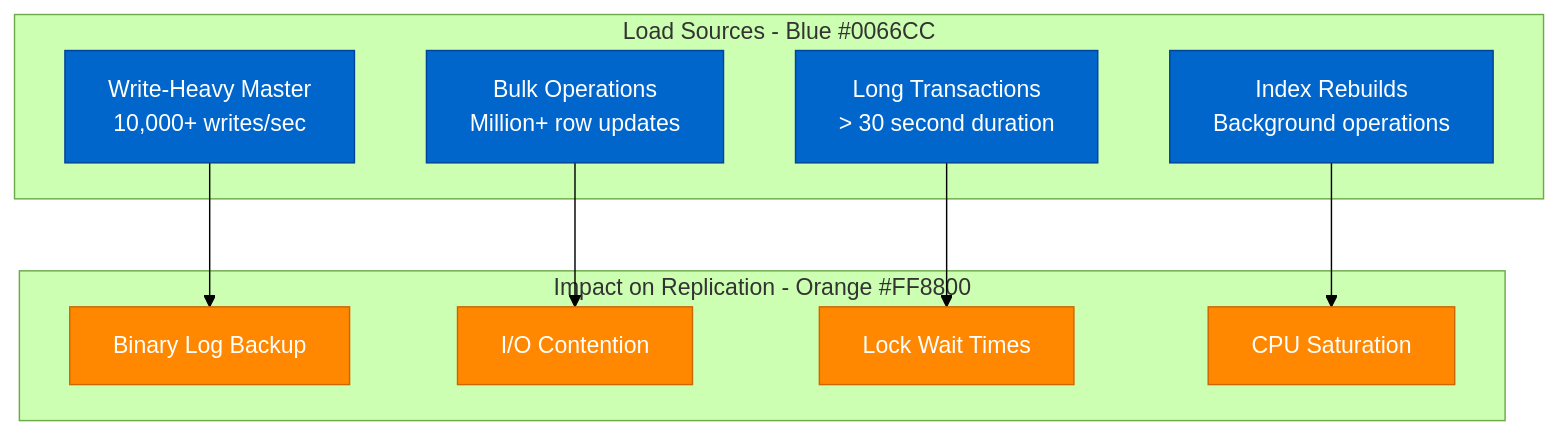
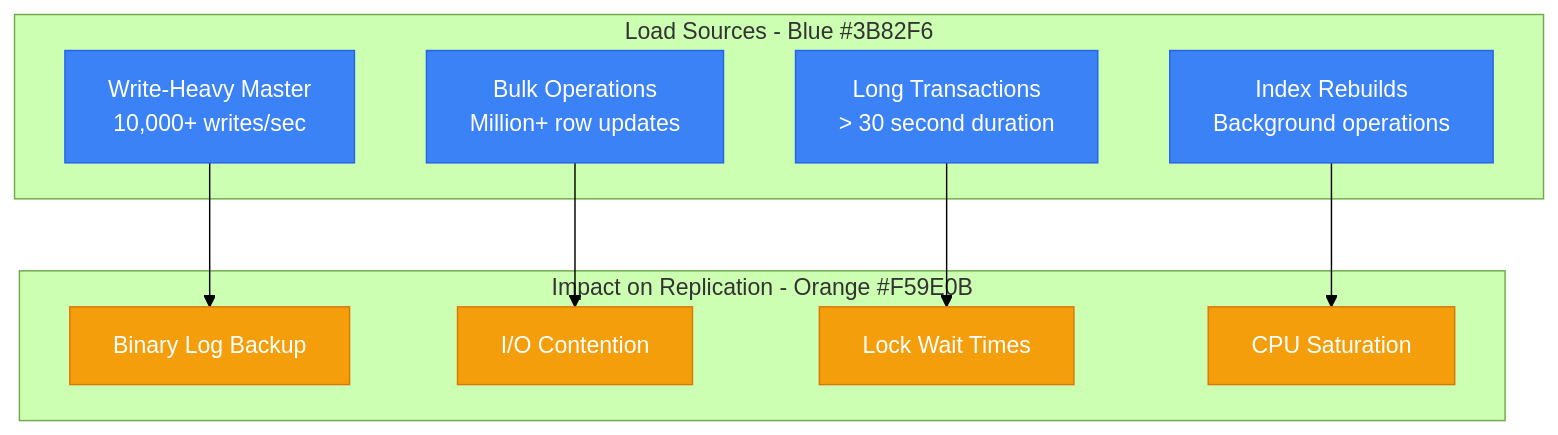
One commit to deepaucksharma/DS changed the third of 4 diagrams in site/docs/debugging/database-replication-lag-debugging.md. Above: the diagram before and after it, drawn with Mermaid (forest theme). The commit also changed other lines of this file and 187 other files, not shown here.

````diff
--- a/site/docs/debugging/database-replication-lag-debugging.md
+++ b/site/docs/debugging/database-replication-lag-debugging.md
@@ -328,27 +328,27 @@
 ```mermaid
 graph TB
-    subgraph LoadSources[Load Sources - Blue #0066CC]
+    subgraph LoadSources[Load Sources - Blue #3B82F6]
         WRITE_HEAVY[Write-Heavy Master<br/>10,000+ writes/sec]
         LONG_TRANSACTIONS[Long Transactions<br/>> 30 second duration]
         BULK_OPERATIONS[Bulk Operations<br/>Million+ row updates]
         INDEX_MAINTENANCE[Index Rebuilds<br/>Background operations]
     end
 
-    subgraph Impact[Impact on Replication - Orange #FF8800]
+    subgraph Impact[Impact on Replication - Orange #F59E0B]
         BINLOG_BACKUP[Binary Log Backup]
         IO_CONTENTION[I/O Contention]
         LOCK_WAITS[Lock Wait Times]
         CPU_SATURATION[CPU Saturation]
     end
 
     WRITE_HEAVY --> BINLOG_BACKUP
     LONG_TRANSACTIONS --> LOCK_WAITS
     BULK_OPERATIONS --> IO_CONTENTION
     INDEX_MAINTENANCE --> CPU_SATURATION
 
-    classDef loadStyle fill:#0066CC,stroke:#004499,color:#fff
-    classDef impactStyle fill:#FF8800,stroke:#CC6600,color:#fff
+    classDef loadStyle fill:#3B82F6,stroke:#2563EB,color:#fff
+    classDef impactStyle fill:#F59E0B,stroke:#D97706,color:#fff
 
     class WRITE_HEAVY,LONG_TRANSACTIONS,BULK_OPERATIONS,INDEX_MAINTENANCE loadStyle
     class BINLOG_BACKUP,IO_CONTENTION,LOCK_WAITS,CPU_SATURATION impactStyle
 ```
````
